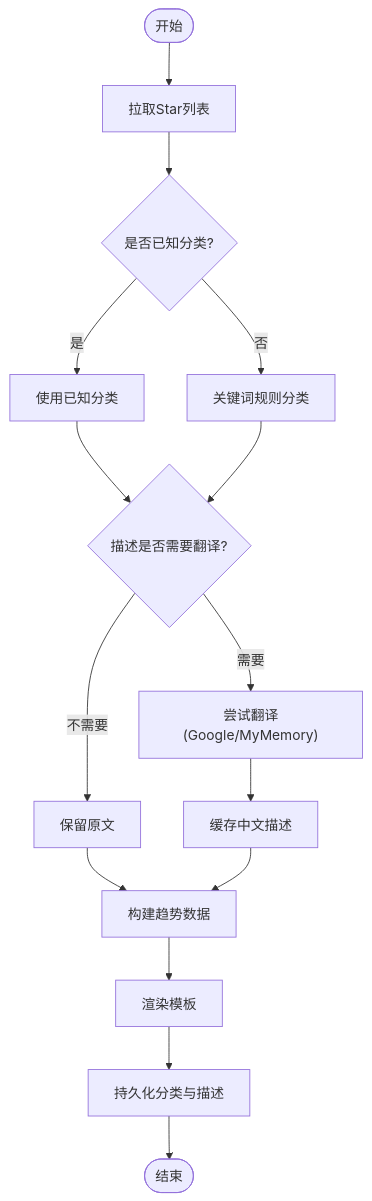
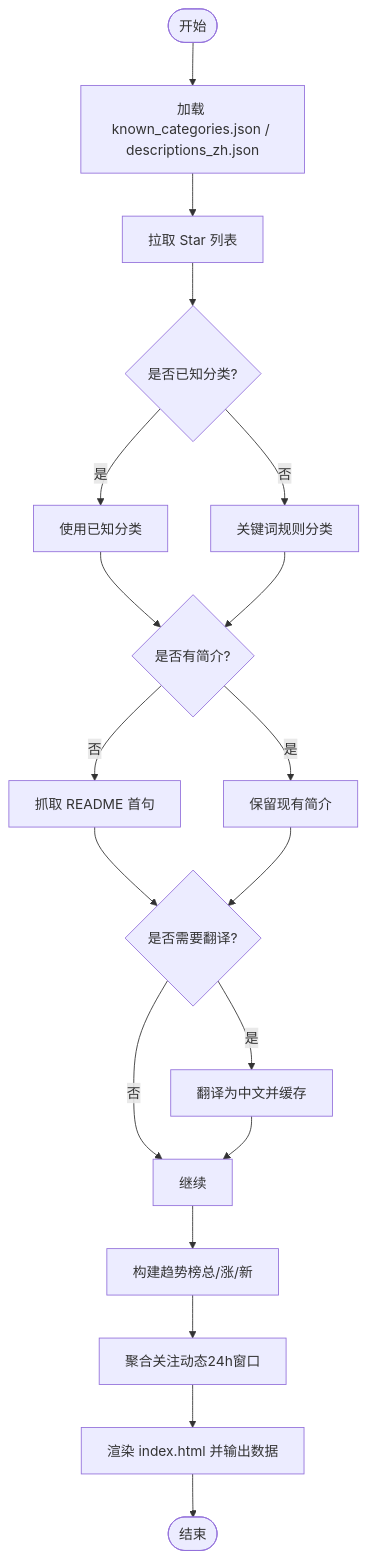
Before and after one commit to Kwei168/starhub: the third of 7 diagrams in .qoder/repowiki/zh/content/项目概述.md, drawn with Mermaid. The commit also changed other lines of this file and 126 other files, not shown here.

````diff
--- a/.qoder/repowiki/zh/content/项目概述.md
+++ b/.qoder/repowiki/zh/content/项目概述.md
@@ -139,17 +137,21 @@
 ```mermaid
 flowchart TD
-Start(["开始"]) --> FetchStars["拉取Star列表"]
+Start(["开始"]) --> LoadKnown["加载 known_categories.json / descriptions_zh.json"]
+LoadKnown --> FetchStars["拉取 Star 列表"]
 FetchStars --> Classify{"是否已知分类?"}
-Classify --> |是| UseKnown["使用已知分类"]
-Classify --> |否| RuleClassify["关键词规则分类"]
-UseKnown --> Translate{"描述是否需要翻译?"}
-RuleClassify --> Translate
-Translate --> |需要| TryTranslate["尝试翻译(Google/MyMemory)"]
-Translate --> |不需要| KeepDesc["保留原文"]
-TryTranslate --> CacheDesc["缓存中文描述"]
-KeepDesc --> BuildTrending["构建趋势数据"]
-CacheDesc --> BuildTrending
-BuildTrending --> RenderTemplate["渲染模板"]
-RenderTemplate --> Persist["持久化分类与描述"]
-Persist --> End(["结束"])
+Classify -- 是 --> UseKnown["使用已知分类"]
+Classify -- 否 --> RuleClassify["关键词规则分类"]
+UseKnown --> DescCheck{"是否有简介?"}
+RuleClassify --> DescCheck
+DescCheck -- 否 --> ReadmeSummary["抓取 README 首句"]
+DescCheck -- 是 --> KeepDesc["保留现有简介"]
+ReadmeSummary --> Translate{"是否需要翻译?"}
+KeepDesc --> Translate
+Translate -- 是 --> DoTranslate["翻译为中文并缓存"]
+Translate -- 否 --> Next["继续"]
+DoTranslate --> Next
+Next --> Trending["构建趋势榜总/涨/新"]
+Trending --> Events["聚合关注动态24h窗口"]
+Events --> Render["渲染 index.html 并输出数据"]
+Render --> End(["结束"])
 ```
````
